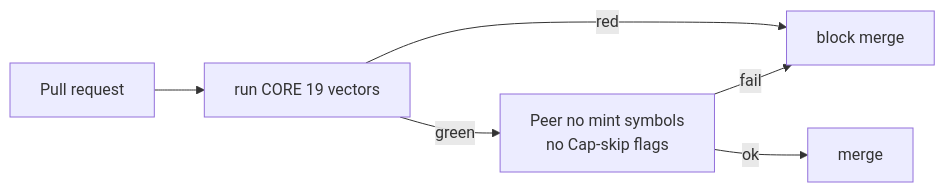
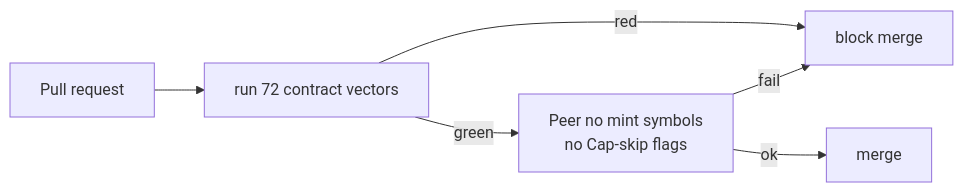
Before and after one commit to bitplorer/cek-runtime: the diagram in diagrams/11-ci-gate.mmd, drawn with Mermaid. The commit also changed 20 other files, not shown here.

```diff
--- a/diagrams/11-ci-gate.mmd
+++ b/diagrams/11-ci-gate.mmd
@@ -1,7 +1,7 @@
 flowchart LR
-  PR[Pull request] --> VEC[run CORE 19 vectors]
+  PR[Pull request] --> VEC[run 72 contract vectors]
   VEC -->|red| BLOCK[block merge]
   VEC -->|green| LINT[Peer no mint symbols
 no Cap-skip flags]
   LINT -->|fail| BLOCK
   LINT -->|ok| MERGE[merge]
```
